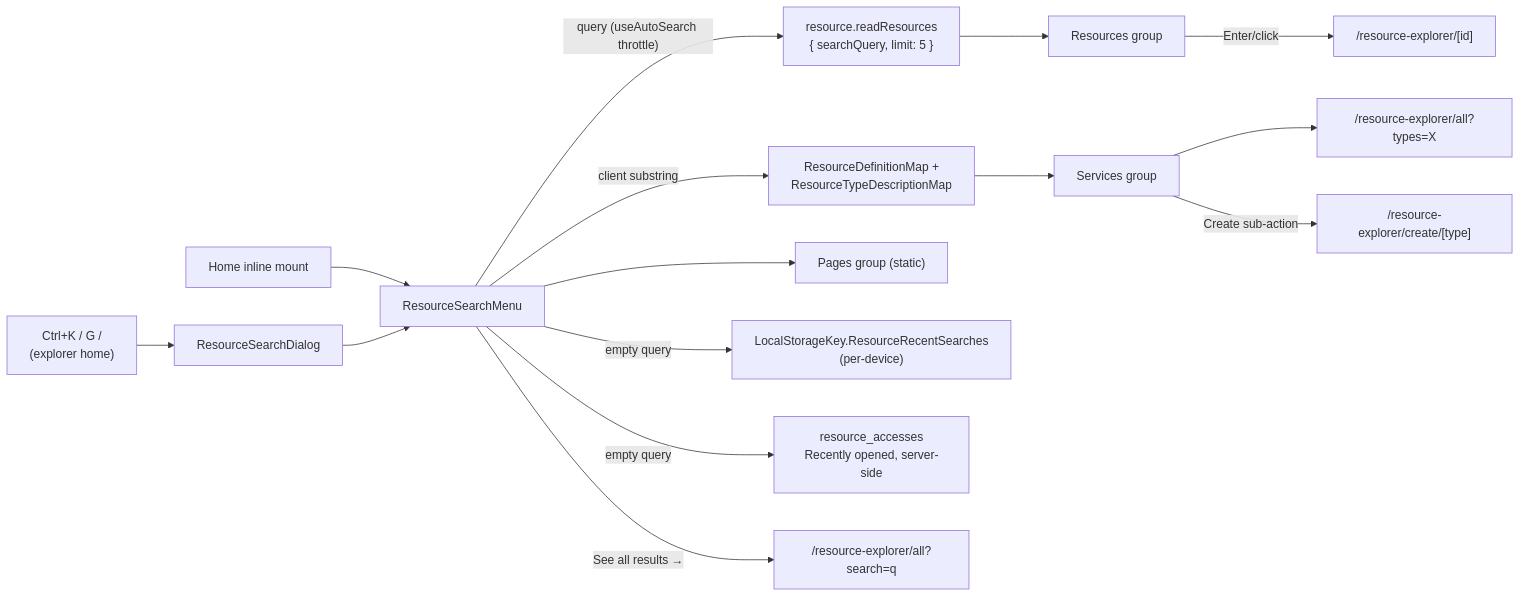
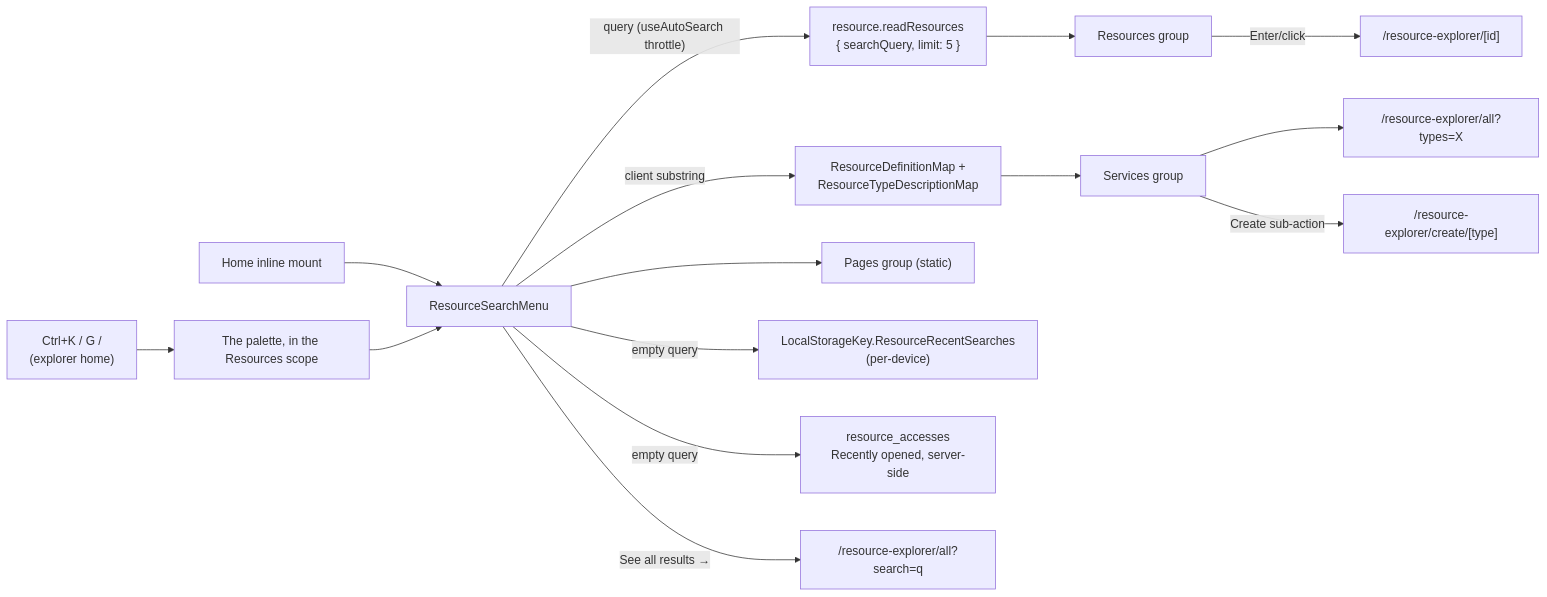
Before and after one commit to Esposter/Esposter: the diagram in apps/web/content/docs/resource/global-search.md, drawn with Mermaid. The commit also changed other lines of this file and 66 other files, not shown here.

````diff
--- a/apps/web/content/docs/resource/global-search.md
+++ b/apps/web/content/docs/resource/global-search.md
@@ -12,16 +12,16 @@
 ```mermaid
 flowchart LR
   HOME["Home inline mount"] --> SM["ResourceSearchMenu"]
-  CK["Ctrl+K / G /<br/>(explorer home)"] --> DLG["ResourceSearchDialog"] --> SM
+  CK["Ctrl+K / G /<br/>(explorer home)"] --> DLG["The palette, in the Resources scope"] --> SM
 
   SM -->|"query (useAutoSearch throttle)"| RR["resource.readResources<br/>{ searchQuery, limit: 5 }"] --> RG["Resources group"]
   SM -->|client substring| RDM["ResourceDefinitionMap +<br/>ResourceTypeDescriptionMap"] --> SG["Services group"]
   SM --> PG["Pages group (static)"]
   SM -->|empty query| LS["LocalStorageKey.ResourceRecentSearches<br/>(per-device)"]
   SM -->|empty query| ACC["resource_accesses<br/>Recently opened, server-side"]
 
   RG -->|Enter/click| RES["/resource-explorer/[id]"]
   SG --> ALLT["/resource-explorer/all?types=X"]
   SG -->|Create sub-action| CT["/resource-explorer/create/[type]"]
   SM -->|"See all results →"| ALL["/resource-explorer/all?search=q"]
 ```
````
